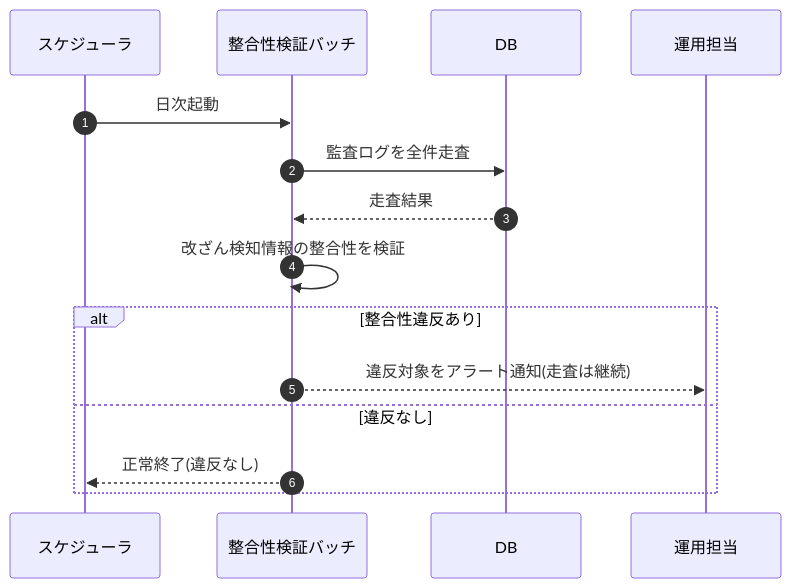
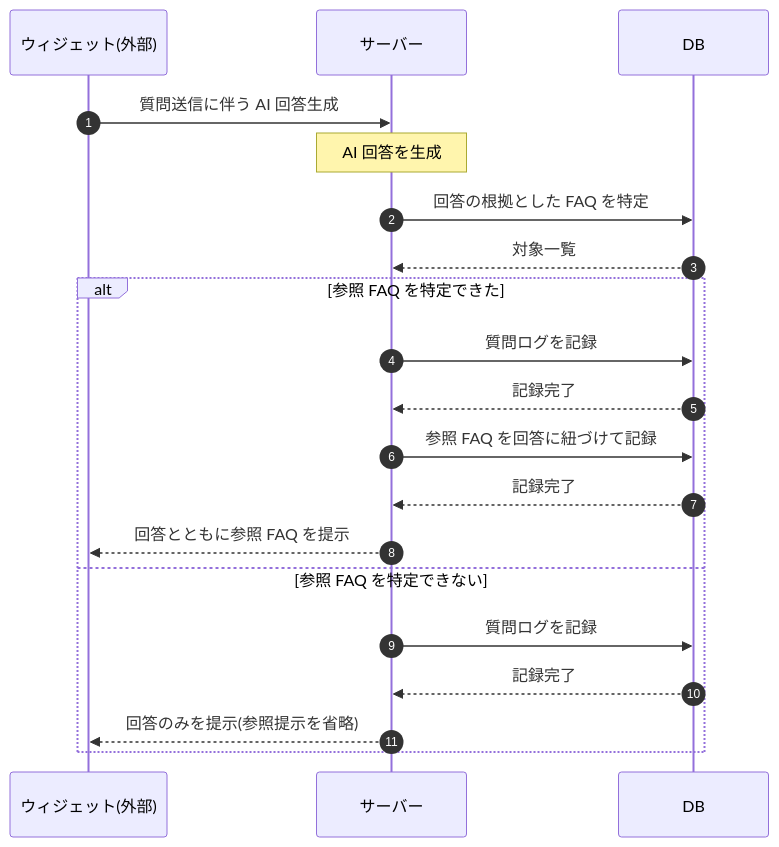
One commit to sikakou54/open-faq changed the diagram in 02_basic_design/03_sequences/SEQ-105.md. Above: the diagram before and after it, drawn with Mermaid. The commit also changed other lines of this file and 99 other files, not shown here.

````diff
--- a/02_basic_design/03_sequences/SEQ-105.md
+++ b/02_basic_design/03_sequences/SEQ-105.md
@@ -25,17 +25,22 @@
 ```mermaid
 sequenceDiagram
   autonumber
-  participant SCH as スケジューラ
-  participant B as 整合性検証バッチ
+  participant W as ウィジェット(外部)
+  participant Server as サーバー
   participant DB as DB
-  participant OP as 運用担当
-  SCH->>B: 日次起動
-  B->>DB: 監査ログを全件走査
-  DB-->>B: 走査結果
-  B->>B: 改ざん検知情報の整合性を検証
-  alt 整合性違反あり
-    B-->>OP: 違反対象をアラート通知(走査は継続)
-  else 違反なし
-    B-->>SCH: 正常終了(違反なし)
+  W->>Server: 質問送信に伴う AI 回答生成
+  Note over Server: AI 回答を生成
+  Server->>DB: 回答の根拠とした FAQ を特定
+  DB-->>Server: 対象一覧
+  alt 参照 FAQ を特定できた
+    Server->>DB: 質問ログを記録
+    DB-->>Server: 記録完了
+    Server->>DB: 参照 FAQ を回答に紐づけて記録
+    DB-->>Server: 記録完了
+    Server-->>W: 回答とともに参照 FAQ を提示
+  else 参照 FAQ を特定できない
+    Server->>DB: 質問ログを記録
+    DB-->>Server: 記録完了
+    Server-->>W: 回答のみを提示(参照提示を省略)
   end
 ```
````
